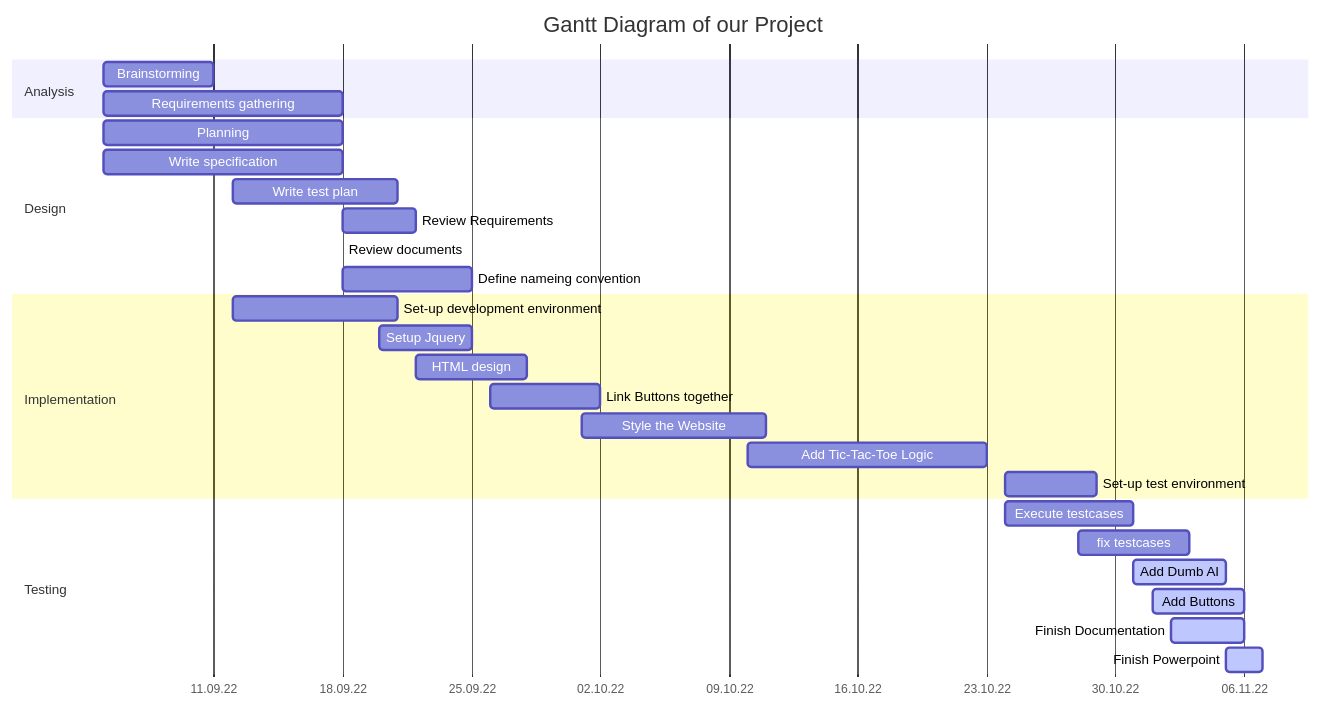
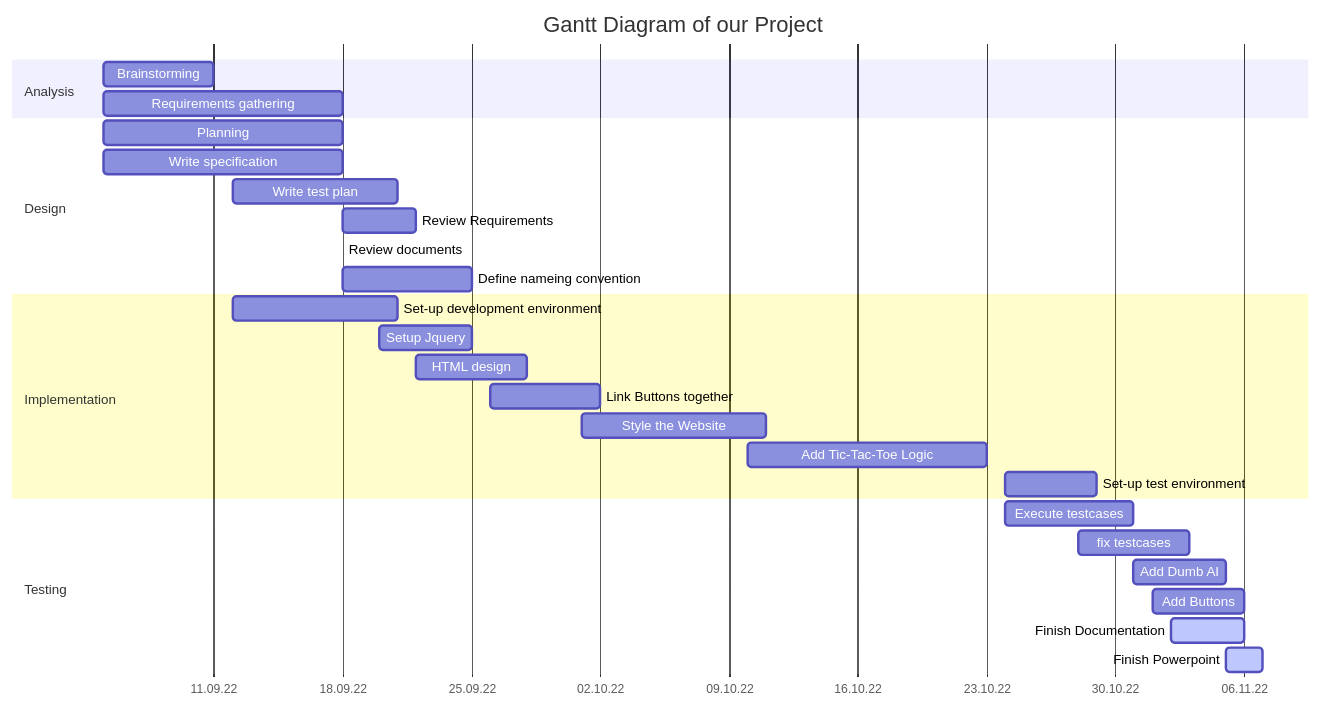
Before and after one commit to Timofey-Makhankov/Tic-Tac-Toe-Website: the diagram in README.md, drawn with Mermaid. The commit also changed other lines of this file and 3 other files, not shown here.

````diff
--- a/README.md
+++ b/README.md
@@ -131,31 +165,31 @@
 ```mermaid
 gantt
     title Gantt Diagram of our Project
     dateFormat  DD.MM
     axisFormat  %d.%m.%y
     section Analysis
     Brainstorming:05.09,6d
     Requirements gathering:05.09, 13d
     section Design
     Planning:05.09,18.09
     Write specification:05.09,18.09
      Write test plan:12.09, 21.09
     Review Requirements:18.09,4d
     Review documents:18.09,4ds
     Define nameing convention:18.09,7d
     section Implementation
     Set-up development environment:12.09, 9d
     Setup Jquery:20.09, 5d
     HTML design: 22.09, 28.09
     Link Buttons together: 26.09, 02.10
     Style the Website:01.10, 11.10
     Add Tic-Tac-Toe Logic:10.10, 23.10
     Set-up test environment: 24.10, 5d
     section Testing
     Execute testcases:24.10, 7d
     fix testcases:28.10, 03.11
-    Add Dumb AI:active,31.10, 05.11
-    Add Buttons:active,01.11, 06.11
+    Add Dumb AI:31.10, 05.11
+    Add Buttons:01.11, 06.11
     Finish Documentation:active,02.11, 06.11
     Finish Powerpoint:active,05.11, 2d
 ```
````
